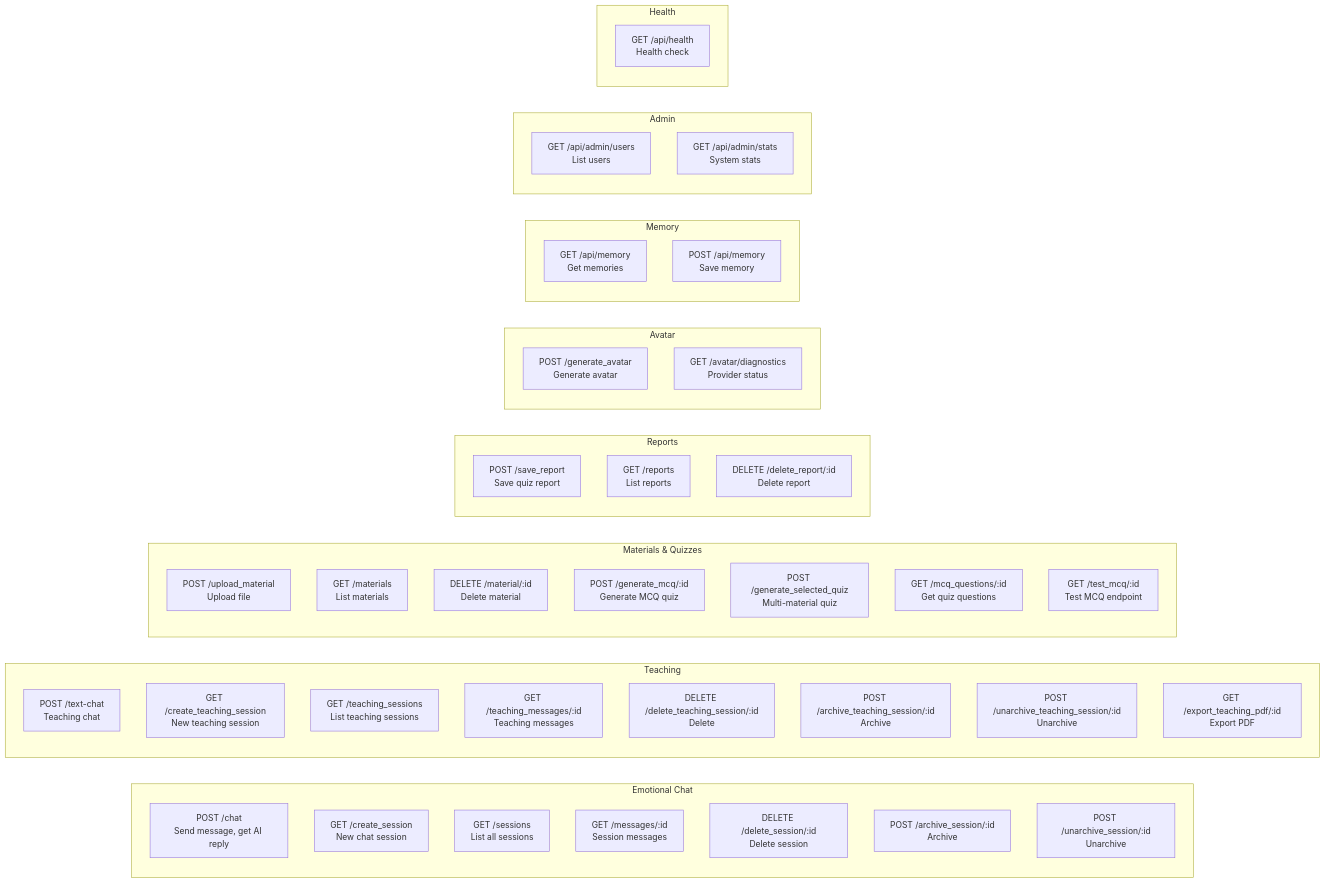
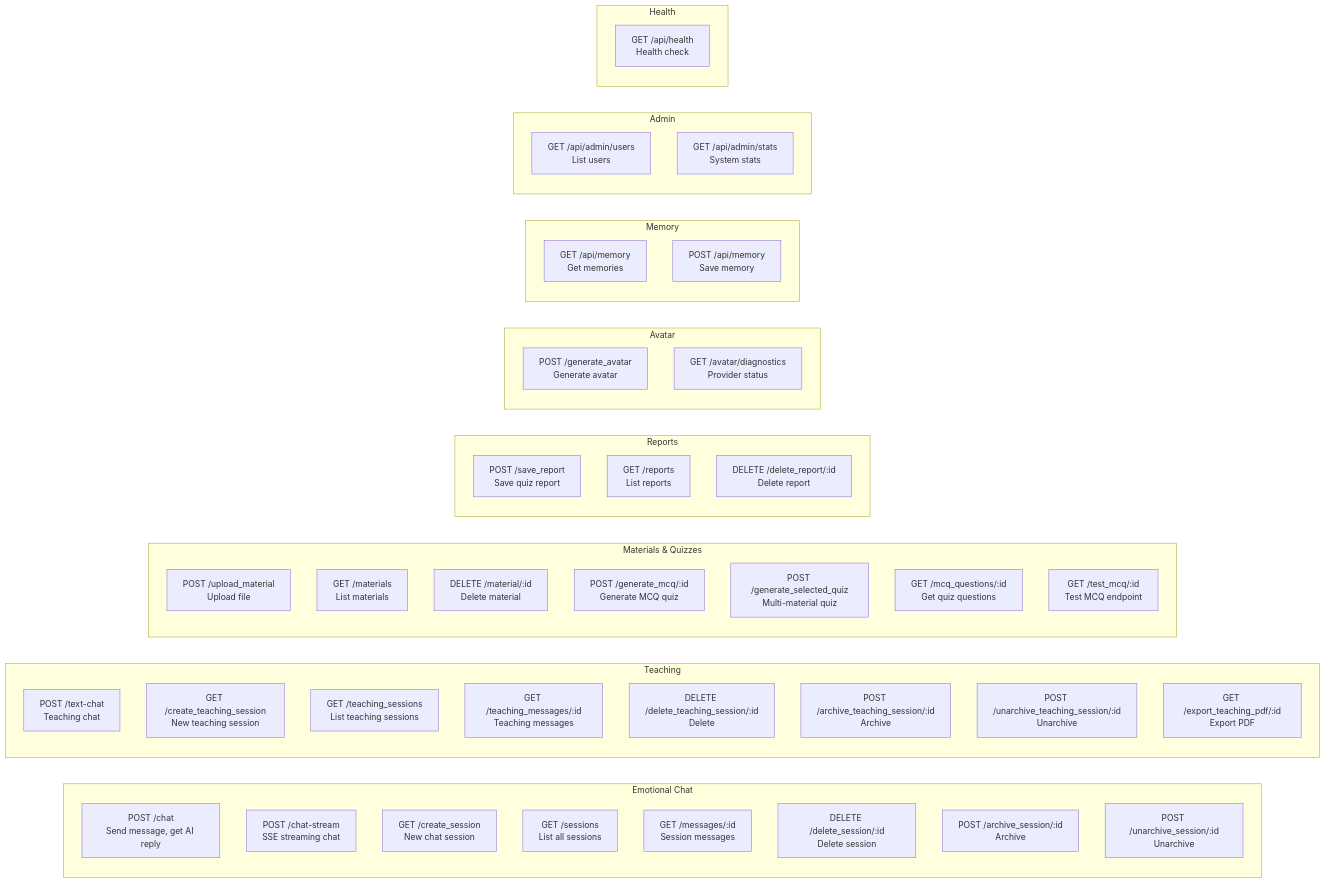
One commit to t3729010-del/falcon_ai changed the first of 3 diagrams in maps/map.md. Above: the diagram before and after it, drawn with Mermaid. The commit also changed 1 other file, not shown here.

Commit message:
updated the maps

````diff
--- a/maps/map.md
+++ b/maps/map.md
@@ -57,58 +57,59 @@
 ```mermaid
 graph LR
     subgraph Chat["Emotional Chat"]
         CHAT["POST /chat<br/>Send message, get AI reply"]
+        CHATSTREAM["POST /chat-stream<br/>SSE streaming chat"]
         CS["GET /create_session<br/>New chat session"]
         SES["GET /sessions<br/>List all sessions"]
         MSG["GET /messages/:id<br/>Session messages"]
         DEL["DELETE /delete_session/:id<br/>Delete session"]
         ARC["POST /archive_session/:id<br/>Archive"]
         UARC["POST /unarchive_session/:id<br/>Unarchive"]
     end
 
     subgraph Teach["Teaching"]
         TCHAT["POST /text-chat<br/>Teaching chat"]
         TCS["GET /create_teaching_session<br/>New teaching session"]
         TSES["GET /teaching_sessions<br/>List teaching sessions"]
         TMSG["GET /teaching_messages/:id<br/>Teaching messages"]
         TDEL["DELETE /delete_teaching_session/:id<br/>Delete"]
         TARC["POST /archive_teaching_session/:id<br/>Archive"]
         TUARC["POST /unarchive_teaching_session/:id<br/>Unarchive"]
         PDF["GET /export_teaching_pdf/:id<br/>Export PDF"]
     end
 
     subgraph Mat["Materials & Quizzes"]
         UPLOAD["POST /upload_material<br/>Upload file"]
         MATS["GET /materials<br/>List materials"]
         MATDEL["DELETE /material/:id<br/>Delete material"]
         MCQ["POST /generate_mcq/:id<br/>Generate MCQ quiz"]
         MCQS["POST /generate_selected_quiz<br/>Multi-material quiz"]
         MCQGET["GET /mcq_questions/:id<br/>Get quiz questions"]
         MCQTEST["GET /test_mcq/:id<br/>Test MCQ endpoint"]
     end
 
     subgraph Rep["Reports"]
         SREP["POST /save_report<br/>Save quiz report"]
         GREP["GET /reports<br/>List reports"]
         DREP["DELETE /delete_report/:id<br/>Delete report"]
     end
 
     subgraph Avt["Avatar"]
         AVGEN["POST /generate_avatar<br/>Generate avatar"]
         AVDIAG["GET /avatar/diagnostics<br/>Provider status"]
     end
 
     subgraph Mem["Memory"]
         MGET["GET /api/memory<br/>Get memories"]
         MPOST["POST /api/memory<br/>Save memory"]
     end
 
     subgraph Adm["Admin"]
         AUSR["GET /api/admin/users<br/>List users"]
         ASTS["GET /api/admin/stats<br/>System stats"]
     end
 
     subgraph Health["Health"]
         HLTH["GET /api/health<br/>Health check"]
     end
 ```
````
